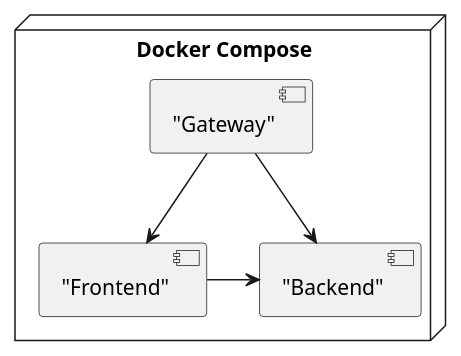
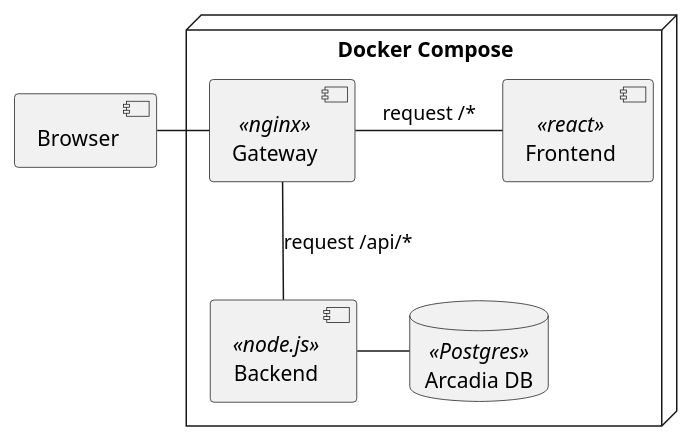
One commit to games2click/games2click.github.io changed the diagram in docs/technical_documentation/components/components.puml. Above: the diagram before and after it, drawn with PlantUML.

Commit message:
Add database and browser components

```diff
--- a/docs/technical_documentation/components/components.puml
+++ b/docs/technical_documentation/components/components.puml
@@ -1,7 +1,18 @@
 @startuml
+
+component Browser {
+}
+
 node "Docker Compose" {
-    ["Gateway"] -r-> ["Frontend"]
-    ["Gateway"] -d-> ["Backend"]
-    ["Frontend"] -> ["Backend"]
+    [Gateway] <<nginx>>
+    [Frontend] <<react>>
+    [Backend] <<node.js>>
+    database "Arcadia DB" <<Postgres>>
 }
+
+Browser -r- Gateway
+Gateway -r- Frontend : request /*
+Gateway -d- Backend : request /api/*
+Backend -r- "Arcadia DB"
+
 @enduml
```
